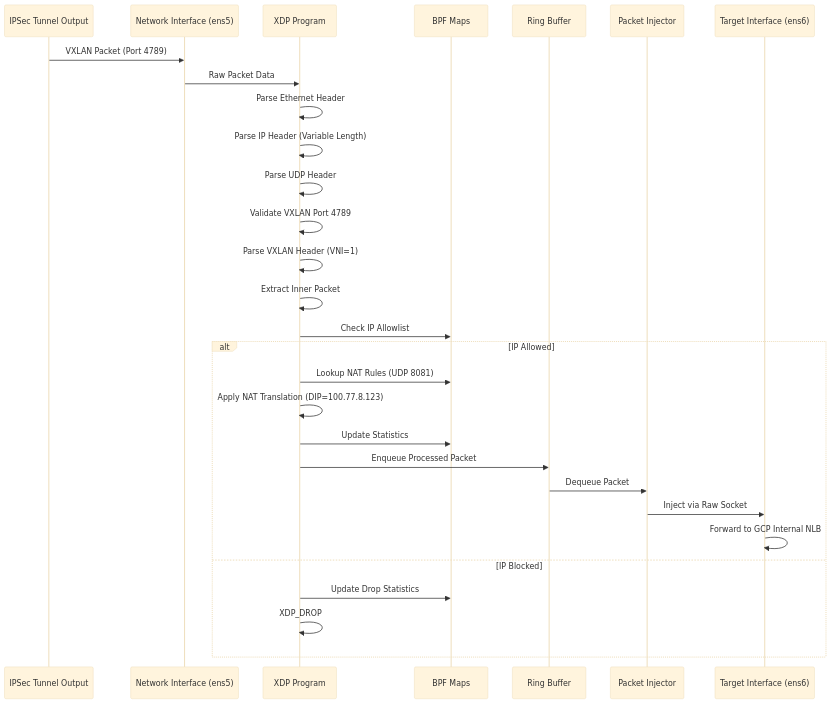
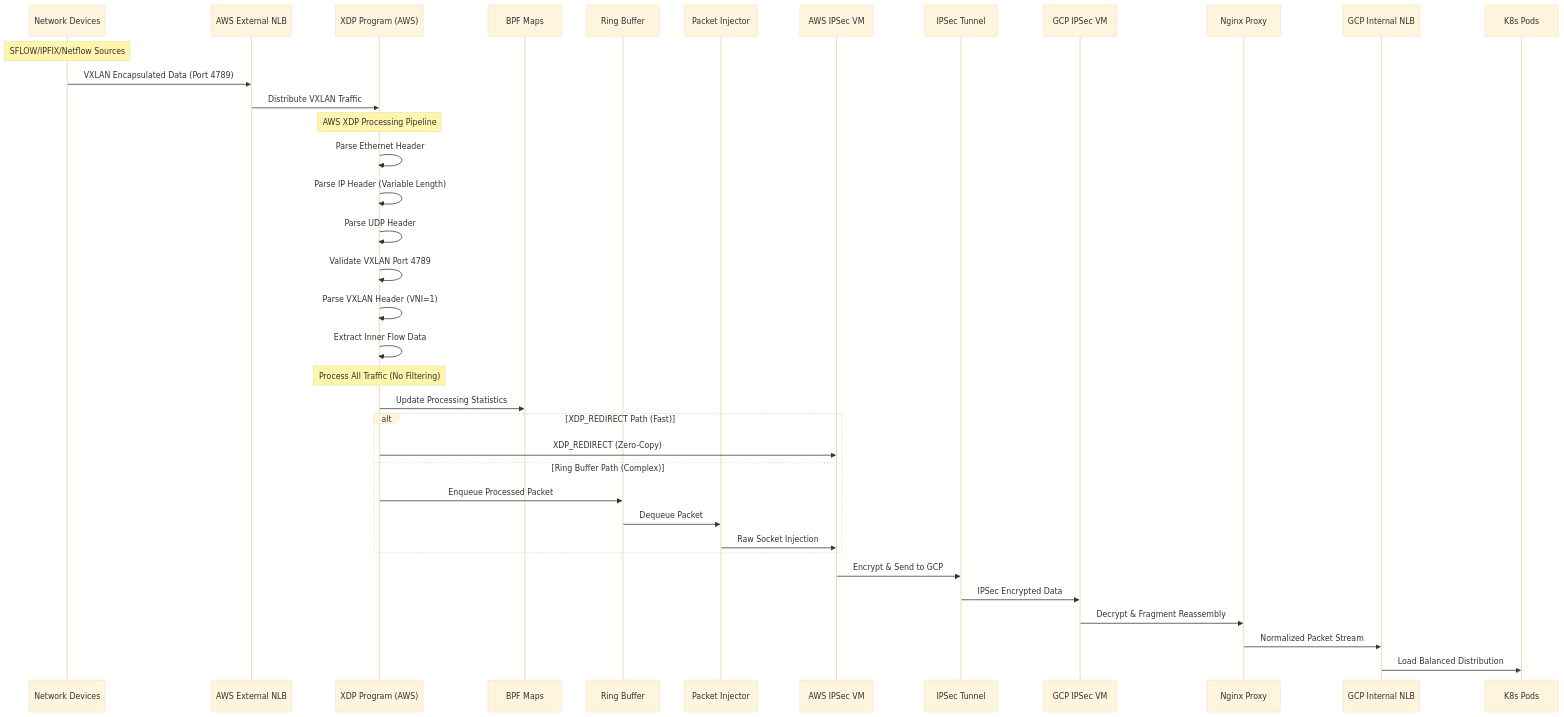
One commit to anil-sn/udp_ebpf changed the ninth of 17 diagrams in TECHNICAL_REPORT.md. Above: the diagram before and after it, drawn with Mermaid (base theme). The commit also changed other lines of this file and 1 other file, not shown here.

Commit message:
Update Target Interface

````diff
--- a/TECHNICAL_REPORT.md
+++ b/TECHNICAL_REPORT.md
@@ -971,32 +1069,43 @@
 ```mermaid
 sequenceDiagram
-    participant TM as IPSec Tunnel Output
-    participant NIC as Network Interface (ens5)
-    participant XDP as XDP Program
+    participant Devices as Network Devices
+    participant AWS_NLB as AWS External NLB
+    participant XDP as XDP Program (AWS)
     participant Maps as BPF Maps
     participant Ring as Ring Buffer
     participant Inject as Packet Injector
-    participant Target as Target Interface (ens6)
+    participant IPSEC_AWS as AWS IPSec VM
+    participant Tunnel as IPSec Tunnel
+    participant IPSEC_GCP as GCP IPSec VM
+    participant Nginx as Nginx Proxy
+    participant GCP_NLB as GCP Internal NLB
+    participant Pods as K8s Pods
     
-    TM->>NIC: VXLAN Packet (Port 4789)
-    NIC->>XDP: Raw Packet Data
+    Note over Devices: SFLOW/IPFIX/Netflow Sources
+    Devices->>AWS_NLB: VXLAN Encapsulated Data (Port 4789)
+    AWS_NLB->>XDP: Distribute VXLAN Traffic
+    
+    Note over XDP: AWS XDP Processing Pipeline
     XDP->>XDP: Parse Ethernet Header
     XDP->>XDP: Parse IP Header (Variable Length)
     XDP->>XDP: Parse UDP Header
     XDP->>XDP: Validate VXLAN Port 4789
     XDP->>XDP: Parse VXLAN Header (VNI=1)
-    XDP->>XDP: Extract Inner Packet
-    XDP->>Maps: Check IP Allowlist
-    alt IP Allowed
-        XDP->>Maps: Lookup NAT Rules (UDP 8081)
-        XDP->>XDP: Apply NAT Translation (DIP=100.77.8.123)
-        XDP->>Maps: Update Statistics
+    XDP->>XDP: Extract Inner Flow Data
+    Note over XDP: Process All Traffic (No Filtering)
+    XDP->>Maps: Update Processing Statistics
+    
+    alt XDP_REDIRECT Path (Fast)
+        XDP->>IPSEC_AWS: XDP_REDIRECT (Zero-Copy)
+    else Ring Buffer Path (Complex)
         XDP->>Ring: Enqueue Processed Packet
         Ring->>Inject: Dequeue Packet
-        Inject->>Target: Inject via Raw Socket
-        Target->>Target: Forward to GCP Internal NLB
-    else IP Blocked
-        XDP->>Maps: Update Drop Statistics
-        XDP->>XDP: XDP_DROP
+        Inject->>IPSEC_AWS: Raw Socket Injection
     end
+    
+    IPSEC_AWS->>Tunnel: Encrypt & Send to GCP
+    Tunnel->>IPSEC_GCP: IPSec Encrypted Data
+    IPSEC_GCP->>Nginx: Decrypt & Fragment Reassembly
+    Nginx->>GCP_NLB: Normalized Packet Stream
+    GCP_NLB->>Pods: Load Balanced Distribution
 ```
````
